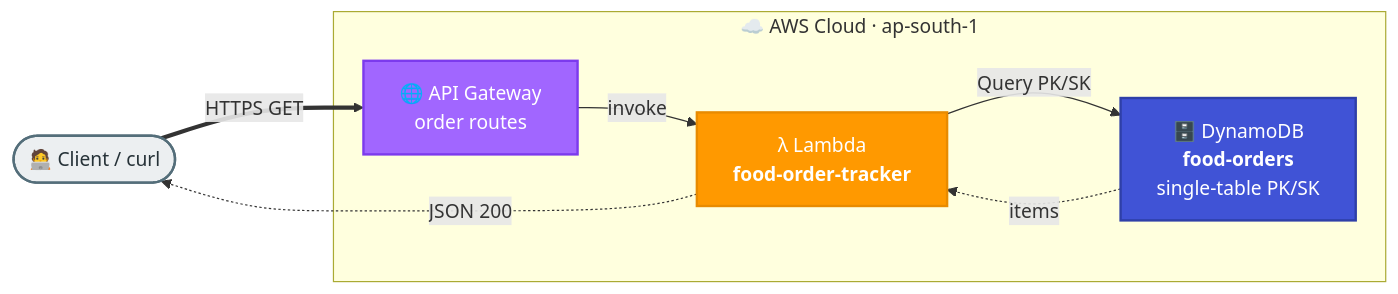
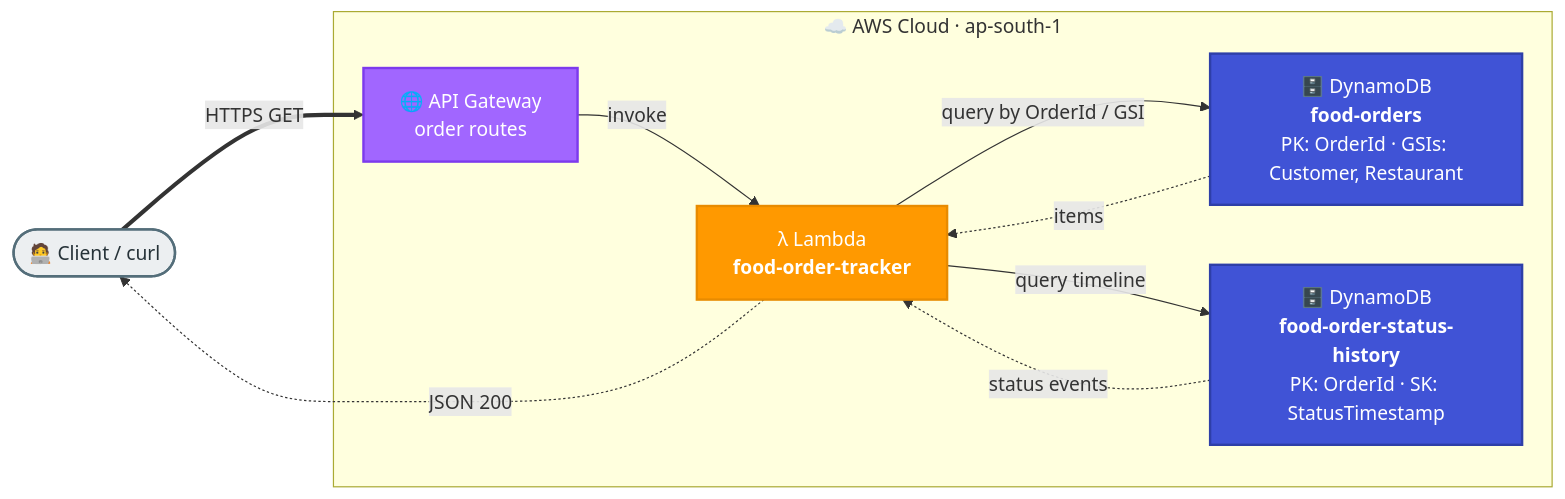
Before and after one commit to abhi-achar/aws-hands-on-training: the diagram in week1/task3-dynamodb-design/README.md, drawn with Mermaid. The commit also changed other lines of this file and 2 other files, not shown here.

Commit message:
feat(week1-task3): redesign DynamoDB schema with meaningful keys + boto3 setup script

````diff
--- a/week1/task3-dynamodb-design/README.md
+++ b/week1/task3-dynamodb-design/README.md
@@ -7,19 +7,22 @@
 ```mermaid
 flowchart LR
     Client(["🧑‍💻 Client / curl"]):::client
     subgraph AWS["☁️ AWS Cloud · ap-south-1"]
         APIGW["🌐 API Gateway<br/>order routes"]:::apigw
         Lambda["λ Lambda<br/><b>food-order-tracker</b>"]:::lambda
-        DDB["🗄️ DynamoDB<br/><b>food-orders</b><br/>single-table PK/SK"]:::db
+        DDB["🗄️ DynamoDB<br/><b>food-orders</b><br/>PK: OrderId · GSIs: Customer, Restaurant"]:::db
+        DDBH["🗄️ DynamoDB<br/><b>food-order-status-history</b><br/>PK: OrderId · SK: StatusTimestamp"]:::db
     end
     Client ==>|"HTTPS GET"| APIGW
     APIGW -->|"invoke"| Lambda
-    Lambda -->|"Query PK/SK"| DDB
+    Lambda -->|"query by OrderId / GSI"| DDB
+    Lambda -->|"query timeline"| DDBH
     DDB -.->|"items"| Lambda
+    DDBH -.->|"status events"| Lambda
     Lambda -.->|"JSON 200"| Client
 
     classDef client fill:#ECEFF1,stroke:#546E7A,stroke-width:2px,color:#263238
     classDef apigw fill:#A166FF,stroke:#7C3AED,stroke-width:2px,color:#ffffff
     classDef lambda fill:#FF9900,stroke:#E88B00,stroke-width:2px,color:#ffffff
     classDef db fill:#4053D6,stroke:#2E3FA8,stroke-width:2px,color:#ffffff
 ```
````
